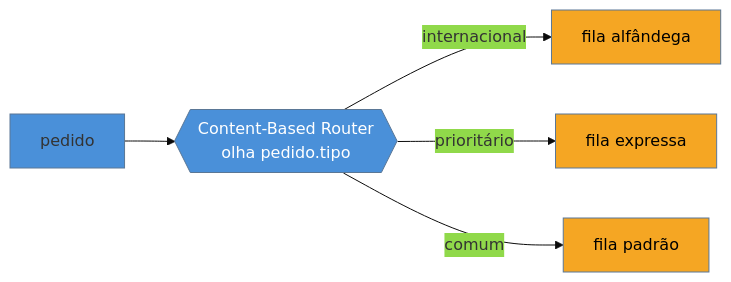
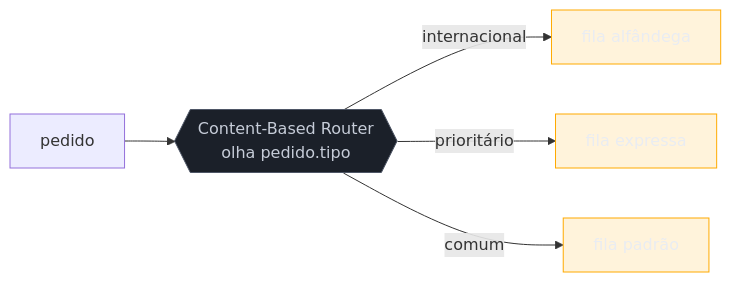
The diagram in 03-Dominios/Engenharia/Design de Software/Padrões de Projeto/Integração Empresarial (EIP)/05 - Content-Based Router + Message Filter.md (josenaldo/codex-technomanticus), drawn with Mermaid before and after one commit. The commit also changed 1181 other files, not shown here.

First line of the commit message:
fix(diagramas): paleta do sistema no lugar de cor cravada no markdown

````diff
--- a/03-Dominios/Engenharia/Design de Software/Padrões de Projeto/Integração Empresarial (EIP)/05 - Content-Based Router + Message Filter.md
+++ b/03-Dominios/Engenharia/Design de Software/Padrões de Projeto/Integração Empresarial (EIP)/05 - Content-Based Router + Message Filter.md
@@ -36,13 +36,14 @@
 ```mermaid
-%%{init: {"theme": "base", "themeVariables": {"primaryColor": "#4A90D9"}}}%%
 graph LR
+    classDef neutro fill:#1B2029,stroke:#4E5666,color:#C6CCD8
+    classDef destaque fill:#FFAA0024,stroke:#FFAA00,color:#E9ECF2
     IN["pedido"] --> R{{"Content-Based Router<br/>olha pedido.tipo"}}
     R -->|"internacional"| A["fila alfândega"]
     R -->|"prioritário"| B["fila expressa"]
     R -->|"comum"| C["fila padrão"]
 
-    style R fill:#4A90D9,color:#fff
-    style A fill:#F5A623,color:#000
-    style B fill:#F5A623,color:#000
-    style C fill:#F5A623,color:#000
+    class R neutro
+    class A destaque
+    class B destaque
+    class C destaque
 ```
````
